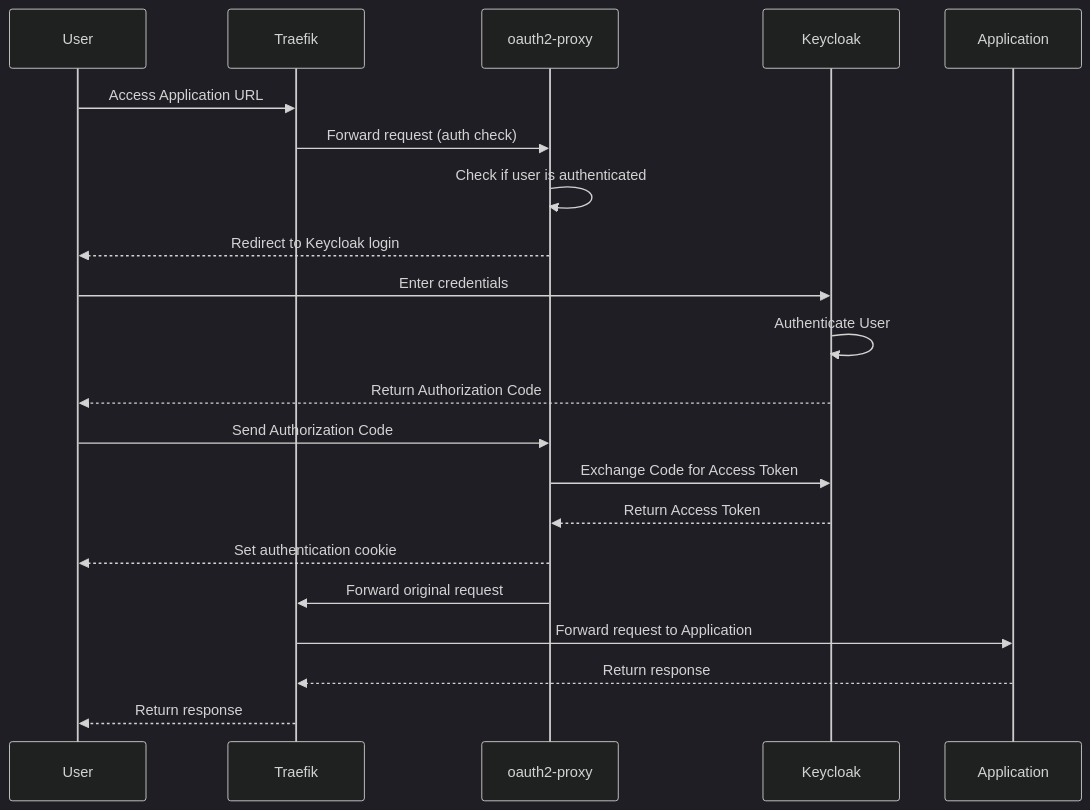
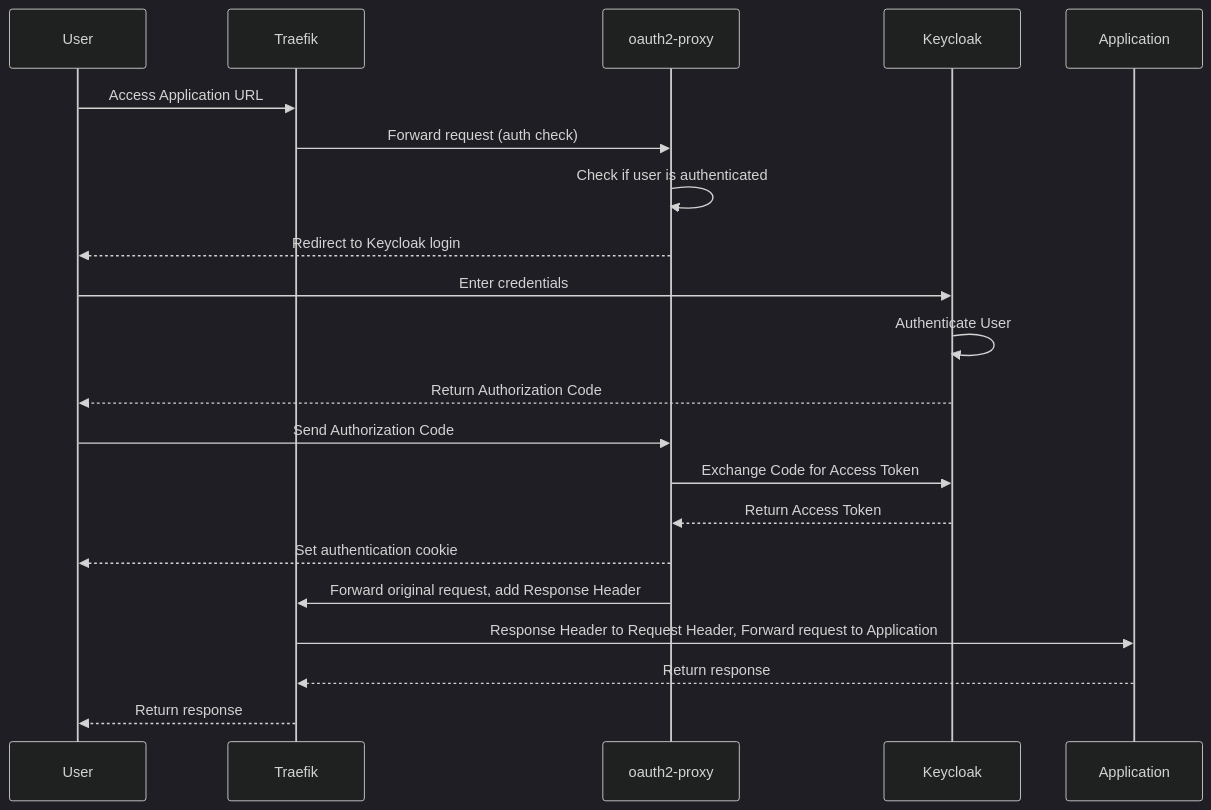
One commit to xlabs-club/xlabs-club.github.io changed the second of 2 diagrams in content/blog/traefik-oauth2-proxy-keycloak/index.md. Above: the diagram before and after it, drawn with Mermaid (dark theme). The commit also changed other lines of this file, not shown here.

Commit message:
blog: update oauth2-proxy with keycloak

````diff
--- a/content/blog/traefik-oauth2-proxy-keycloak/index.md
+++ b/content/blog/traefik-oauth2-proxy-keycloak/index.md
@@ -85,24 +90,24 @@
 ```mermaid
 sequenceDiagram
     participant User
     participant Traefik
     participant oauth2-proxy
     participant Keycloak
     participant Application
 
     User->>Traefik: Access Application URL
     Traefik->>oauth2-proxy: Forward request (auth check)
     oauth2-proxy->>oauth2-proxy: Check if user is authenticated
     oauth2-proxy-->>User: Redirect to Keycloak login
     User->>Keycloak: Enter credentials
     Keycloak->>Keycloak: Authenticate User
     Keycloak-->>User: Return Authorization Code
     User->>oauth2-proxy: Send Authorization Code
     oauth2-proxy->>Keycloak: Exchange Code for Access Token
     Keycloak-->>oauth2-proxy: Return Access Token
     oauth2-proxy-->>User: Set authentication cookie
-    oauth2-proxy->>Traefik: Forward original request
-    Traefik->>Application: Forward request to Application
+    oauth2-proxy->>Traefik: Forward original request, add Response Header
+    Traefik->>Application: Response Header to Request Header, Forward request to Application
     Application-->>Traefik: Return response
     Traefik-->>User: Return response
 ```
````
